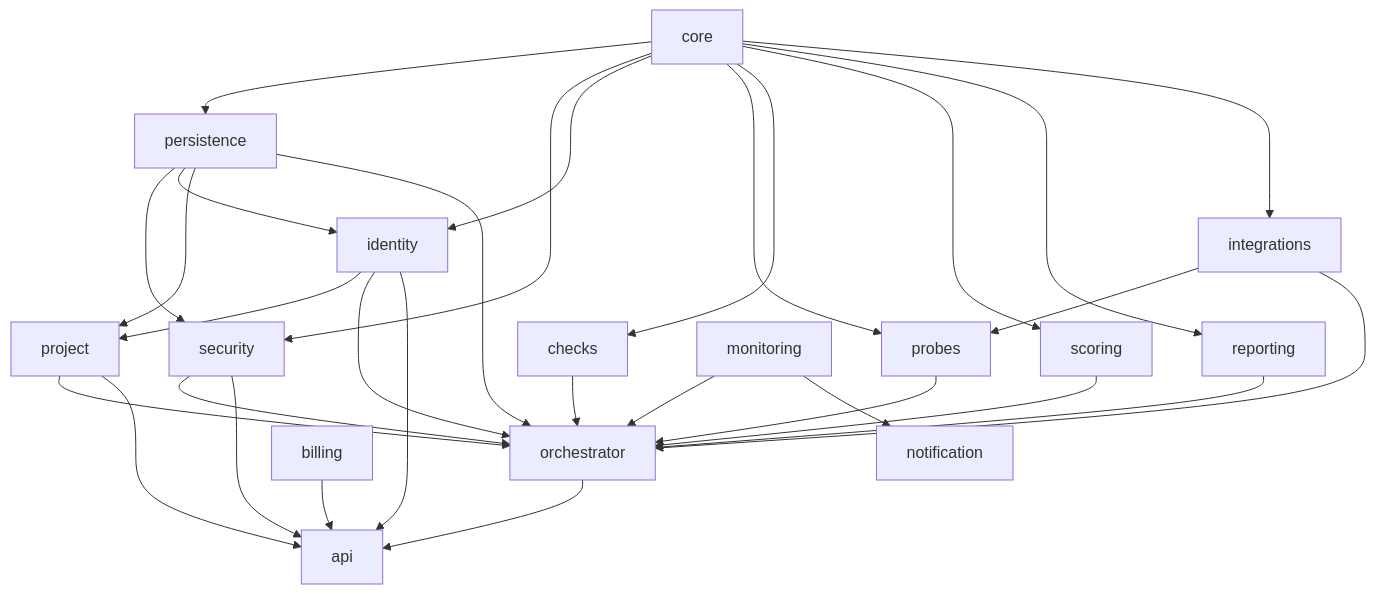
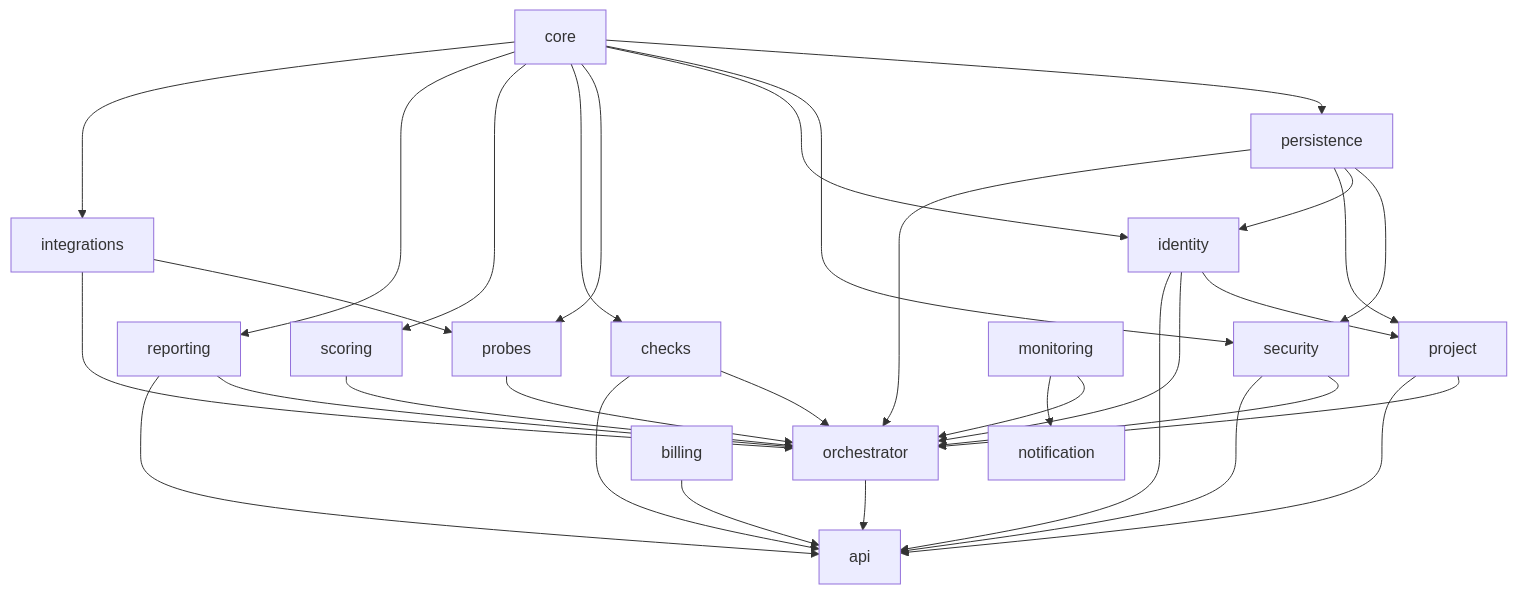
Before and after one commit to xsmartbartx/Viglio: the first of 2 diagrams in docs/modules.md, drawn with Mermaid. The commit also changed other lines of this file and 3 other files, not shown here.

````diff
--- a/docs/modules.md
+++ b/docs/modules.md
@@ -18,48 +18,50 @@
 ```mermaid
 flowchart TD
     CORE[core]
     PERSIST[persistence]
     SEC[security]
     IDENTITY[identity]
     PROJECT[project]
     PROBES[probes]
     CHECKS[checks]
     SCORING[scoring]
     REPORTING[reporting]
     INTEG[integrations]
     ORCH[orchestrator]
     MONITOR[monitoring]
     NOTIFY[notification]
     BILLING[billing]
     API[api]
 
     CORE --> PERSIST
     CORE --> SEC
     CORE --> IDENTITY
     CORE --> PROBES
     CORE --> CHECKS
     CORE --> SCORING
     CORE --> REPORTING
     CORE --> INTEG
     PERSIST --> SEC
     PERSIST --> IDENTITY
     PERSIST --> PROJECT
     PERSIST --> ORCH
     IDENTITY --> PROJECT
     IDENTITY --> ORCH
     PROJECT --> ORCH
     SEC --> ORCH
     PROBES --> ORCH
     CHECKS --> ORCH
     SCORING --> ORCH
     REPORTING --> ORCH
     INTEG --> PROBES
     INTEG --> ORCH
     ORCH --> API
     SEC --> API
     IDENTITY --> API
     PROJECT --> API
+    CHECKS --> API
+    REPORTING --> API
     MONITOR --> ORCH
     MONITOR --> NOTIFY
     BILLING --> API
 ```
````
